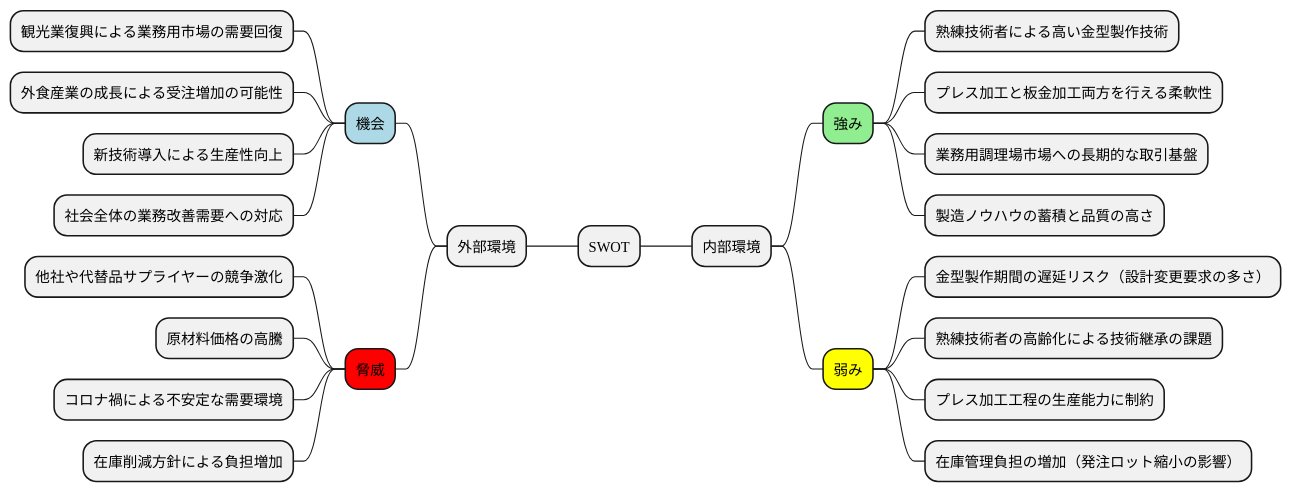
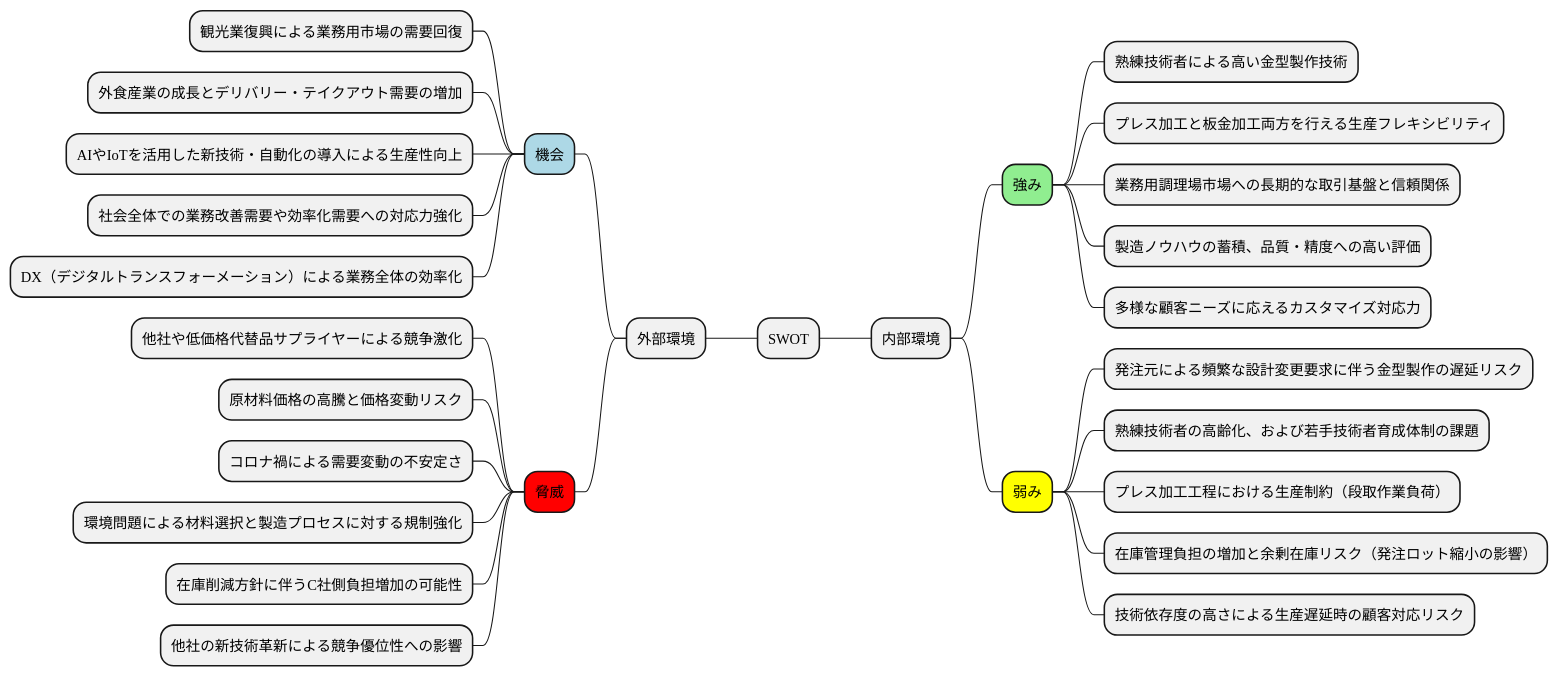
One commit to k2works/case-study-business-analysis changed the third of 19 diagrams in docs/case/r04_case_3.adoc. Above: the diagram before and after it, drawn with PlantUML. The commit also changed other lines of this file, not shown here.

```diff
--- a/docs/case/r04_case_3.adoc
+++ b/docs/case/r04_case_3.adoc
@@ -147,31 +157,36 @@
 [plantuml]
 ----
 @startmindmap
 
 * SWOT
 ** 内部環境
 ***[#lightgreen] 強み
 **** 熟練技術者による高い金型製作技術
-**** プレス加工と板金加工両方を行える柔軟性
-**** 業務用調理場市場への長期的な取引基盤
-**** 製造ノウハウの蓄積と品質の高さ
+**** プレス加工と板金加工両方を行える生産フレキシビリティ
+**** 業務用調理場市場への長期的な取引基盤と信頼関係
+**** 製造ノウハウの蓄積、品質・精度への高い評価
+**** 多様な顧客ニーズに応えるカスタマイズ対応力
 ***[#yellow] 弱み
-**** 金型製作期間の遅延リスク（設計変更要求の多さ）
-**** 熟練技術者の高齢化による技術継承の課題
-**** プレス加工工程の生産能力に制約
-**** 在庫管理負担の増加（発注ロット縮小の影響）
+**** 発注元による頻繁な設計変更要求に伴う金型製作の遅延リスク
+**** 熟練技術者の高齢化、および若手技術者育成体制の課題
+**** プレス加工工程における生産制約（段取作業負荷）
+**** 在庫管理負担の増加と余剰在庫リスク（発注ロット縮小の影響）
+**** 技術依存度の高さによる生産遅延時の顧客対応リスク
 left side
 ** 外部環境
 ***[#lightblue] 機会
 **** 観光業復興による業務用市場の需要回復
-**** 外食産業の成長による受注増加の可能性
-**** 新技術導入による生産性向上
-**** 社会全体の業務改善需要への対応
+**** 外食産業の成長とデリバリー・テイクアウト需要の増加
+**** AIやIoTを活用した新技術・自動化の導入による生産性向上
+**** 社会全体での業務改善需要や効率化需要への対応力強化
+**** DX（デジタルトランスフォーメーション）による業務全体の効率化
 ***[#red] 脅威
-**** 他社や代替品サプライヤーの競争激化
-**** 原材料価格の高騰
-**** コロナ禍による不安定な需要環境
-**** 在庫削減方針による負担増加
+**** 他社や低価格代替品サプライヤーによる競争激化
+**** 原材料価格の高騰と価格変動リスク
+**** コロナ禍による需要変動の不安定さ
+**** 環境問題による材料選択と製造プロセスに対する規制強化
+**** 在庫削減方針に伴うC社側負担増加の可能性
+**** 他社の新技術革新による競争優位性への影響
 
 @endmindmap
 ----
```
